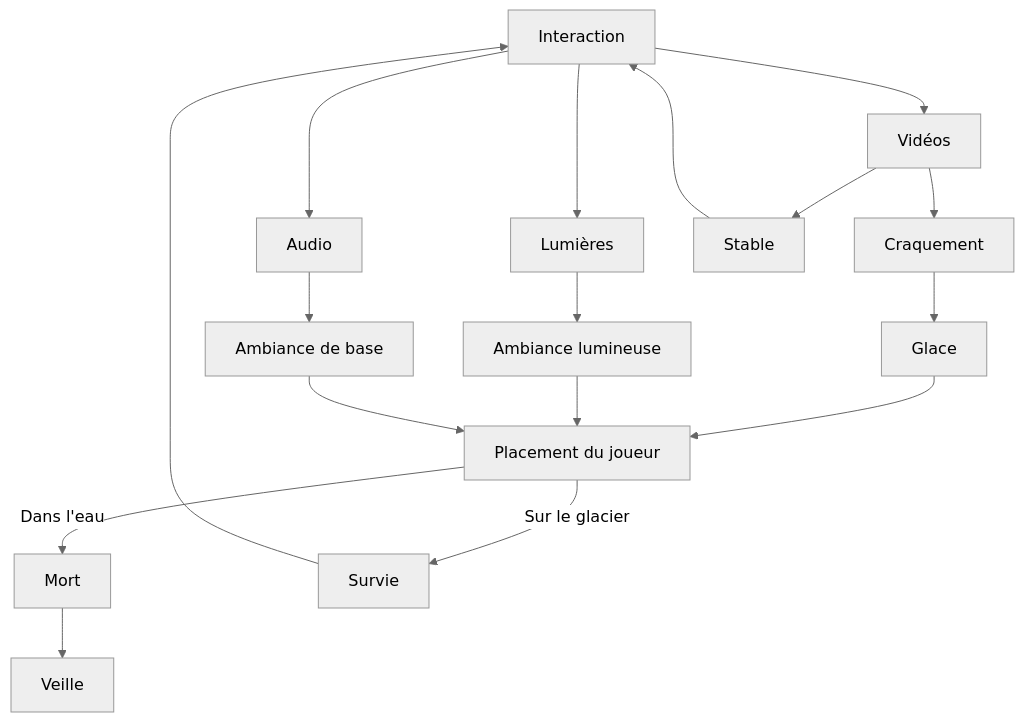
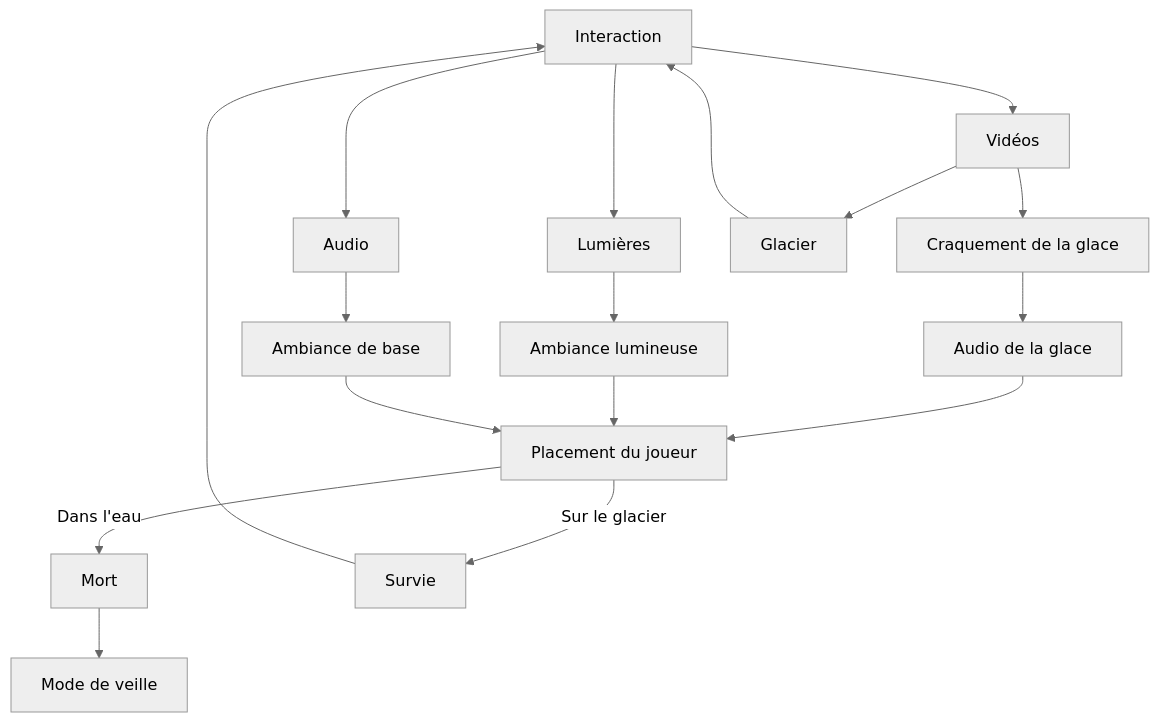
Before and after one commit to audreydandurand/docsify-scenarisation-audrey: the diagram in README.md, drawn with Mermaid (neutral theme). The commit also changed other lines of this file, not shown here.

Commit message:
Update README.md ajustement shéma

````diff
--- a/README.md
+++ b/README.md
@@ -20,19 +20,19 @@
 ```mermaid
 graph TD;
     Interaction-->Lumières;
     Interaction-->Vidéos;
     Interaction-->Audio;
     Lumières-->AmbianceLumineuse[Ambiance lumineuse];
     Audio-->AmbianceBase[Ambiance de base];
-    Craquement-->Glace;
-    Vidéos-->Craquement;
-    Vidéos-->Stable;
+    Craquement-->Glace[Audio de la glace];
+    Vidéos-->Craquement[Craquement de la glace];
+    Vidéos-->Stable[Glacier];
     Stable-->Interaction;
     Glace-->Placement[Placement du joueur];
     AmbianceLumineuse-->Placement[Placement du joueur];
     AmbianceBase-->Placement[Placement du joueur];
-    Placement-->|Dans l'eau|Mort;
-    Placement-->|Sur le glacier|Survie;
+    Placement-->| Dans l'eau |Mort;
+    Placement-->| Sur le glacier |Survie;
     Survie-->Interaction;
-    Mort-->Veille;
+    Mort-->Veille[Mode de veille];
 ```
````
